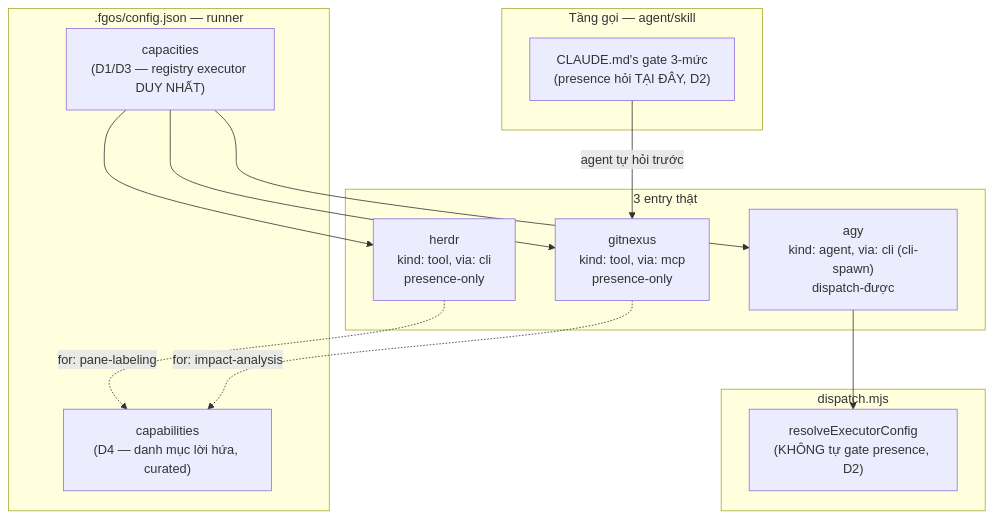
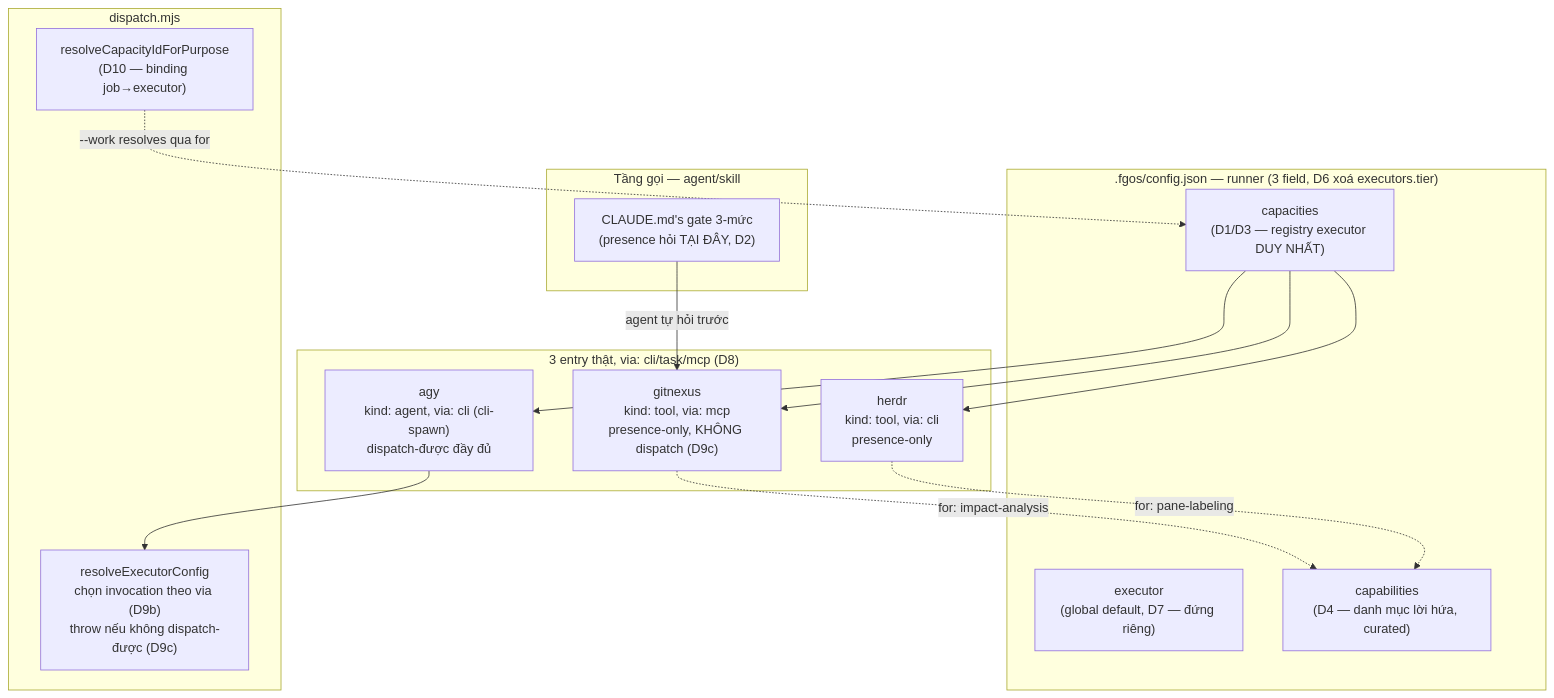
One commit to vantt/forgent changed the diagram in docs/history/capability-executor-registry-unification/DISCUSSION.md. Above: the diagram before and after it, drawn with Mermaid. The commit also changed other lines of this file, not shown here.

Commit message:
docs(tsk-in1): DISCUSSION.md - vong 3, mint D7-D11 tu opus consult (INVOCATION_VIA fix, 3 gate D5, giai #3, tu choi silent-downgrade/model-policy-file)

````diff
--- a/docs/history/capability-executor-registry-unification/DISCUSSION.md
+++ b/docs/history/capability-executor-registry-unification/DISCUSSION.md
@@ -153,29 +220,32 @@
 ```mermaid
 flowchart TD
-    subgraph Config[".fgos/config.json — runner"]
+    subgraph Config[".fgos/config.json — runner (3 field, D6 xoá executors.tier)"]
+        GLOB["executor<br/>(global default, D7 — đứng riêng)"]
         CAP["capabilities<br/>(D4 — danh mục lời hứa, curated)"]
         REG["capacities<br/>(D1/D3 — registry executor DUY NHẤT)"]
     end
 
-    subgraph Entries["3 entry thật"]
-        GN["gitnexus<br/>kind: tool, via: mcp<br/>presence-only"]
+    subgraph Entries["3 entry thật, via: cli/task/mcp (D8)"]
+        GN["gitnexus<br/>kind: tool, via: mcp<br/>presence-only, KHÔNG dispatch (D9c)"]
         HR["herdr<br/>kind: tool, via: cli<br/>presence-only"]
-        AG["agy<br/>kind: agent, via: cli (cli-spawn)<br/>dispatch-được"]
+        AG["agy<br/>kind: agent, via: cli (cli-spawn)<br/>dispatch-được đầy đủ"]
     end
 
     REG --> GN
     REG --> HR
     REG --> AG
     GN -.->|"for: impact-analysis"| CAP
     HR -.->|"for: pane-labeling"| CAP
 
     subgraph Call["Tầng gọi — agent/skill"]
         Gate["CLAUDE.md's gate 3-mức<br/>(presence hỏi TẠI ĐÂY, D2)"]
     end
     subgraph Dispatch["dispatch.mjs"]
-        RS["resolveExecutorConfig<br/>(KHÔNG tự gate presence, D2)"]
+        RS["resolveExecutorConfig<br/>chọn invocation theo via (D9b)<br/>throw nếu không dispatch-được (D9c)"]
+        Bind["resolveCapacityIdForPurpose<br/>(D10 — binding job→executor)"]
     end
 
     Gate -->|"agent tự hỏi trước"| GN
     AG --> RS
+    Bind -.->|"--work resolves qua for"| REG
 ```
````
